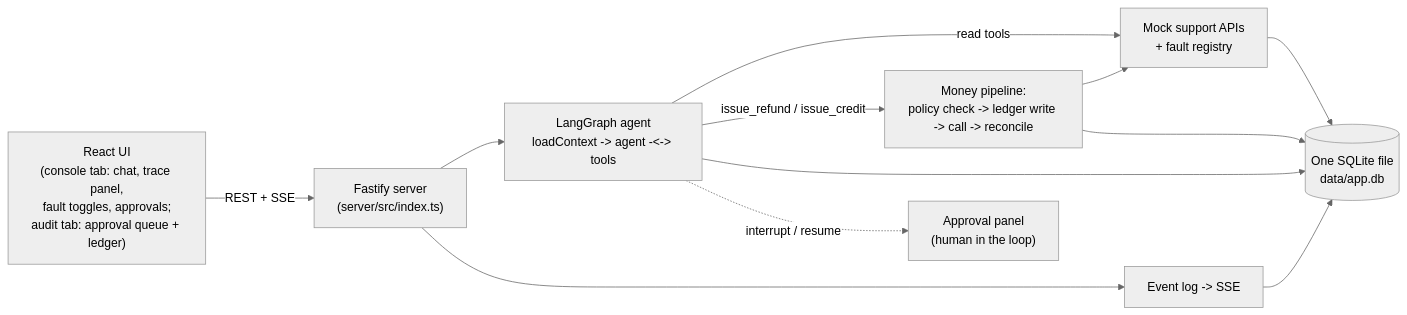
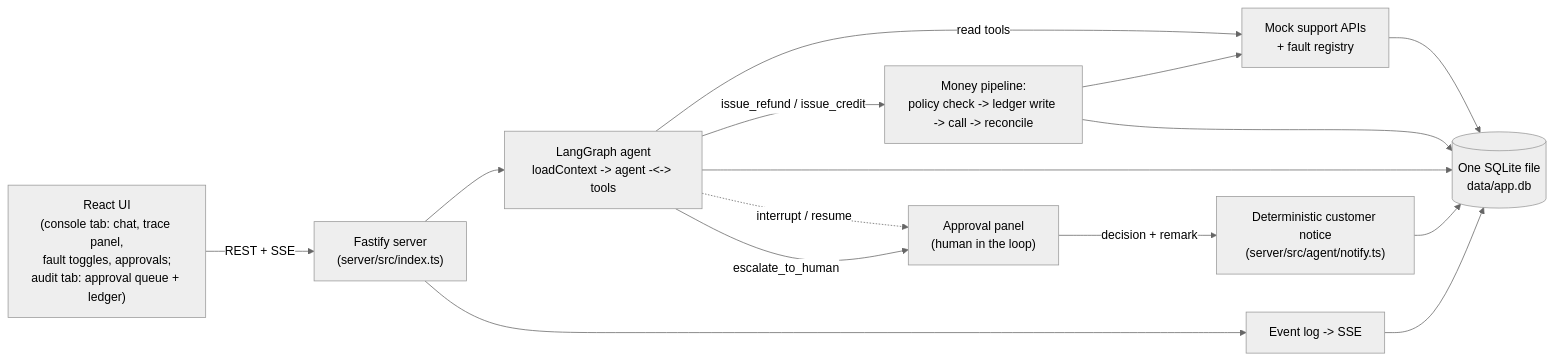
The diagram in README.md (sourabhbagrecha/CustomerSupportAgent), drawn with Mermaid (neutral theme) before and after one commit. The commit also changed other lines of this file and 30 other files, not shown here.

First line of the commit message:
feat: human decision queue and decisions leave the customer chat (plans 003, 004)

````diff
--- a/README.md
+++ b/README.md
@@ -40,14 +38,17 @@
 ```mermaid
 flowchart LR
     UI["React UI<br/>(console tab: chat, trace panel,<br/>fault toggles, approvals;<br/>audit tab: approval queue + ledger)"] -->|REST + SSE| API["Fastify server<br/>(server/src/index.ts)"]
     API --> Graph["LangGraph agent<br/>loadContext -&gt; agent -&lt;-&gt; tools"]
     Graph -->|read tools| Mock["Mock support APIs<br/>+ fault registry"]
     Graph -->|issue_refund / issue_credit| Pipeline["Money pipeline:<br/>policy check -&gt; ledger write -&gt; call -&gt; reconcile"]
     Pipeline --> Mock
     Pipeline --> DB[("One SQLite file<br/>data/app.db")]
     Mock --> DB
     Graph --> DB
     API --> Events["Event log -&gt; SSE"]
     Events --> DB
     Graph -.->|interrupt / resume| Approval["Approval panel<br/>(human in the loop)"]
+    Graph -->|escalate_to_human| Approval
+    Approval -->|decision + remark| Notify["Deterministic customer notice<br/>(server/src/agent/notify.ts)"]
+    Notify --> DB
 ```
````
